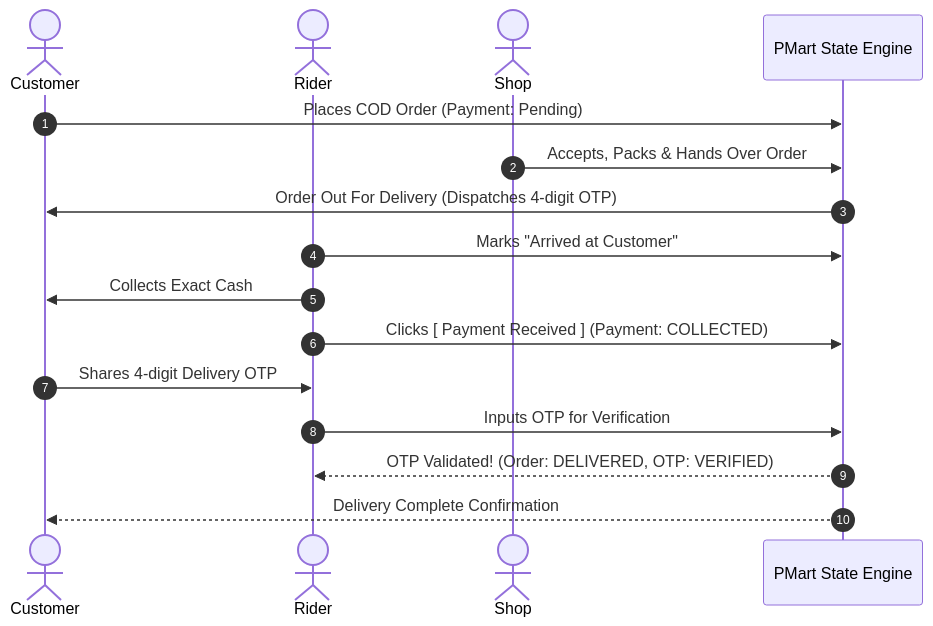
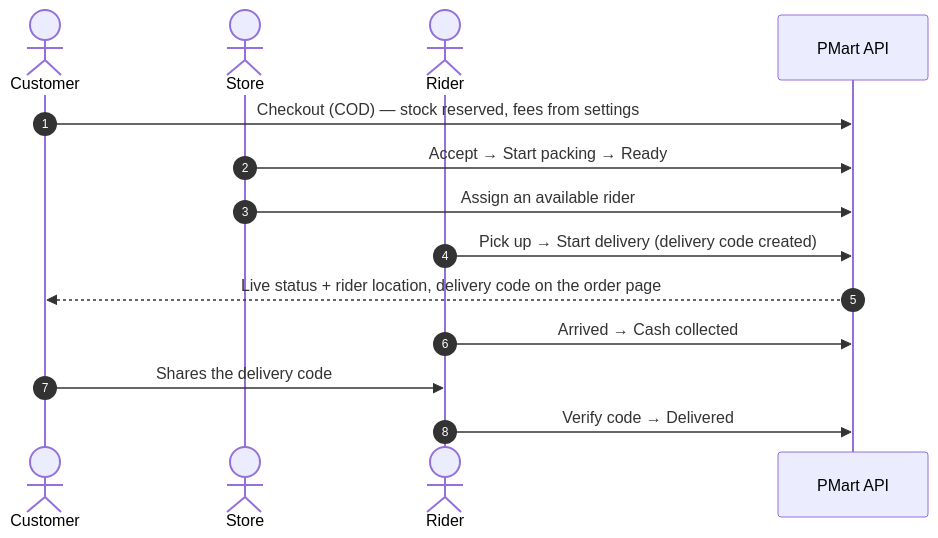
One commit to PixieDigitalCreatives/Pmart changed the diagram in README.md. Above: the diagram before and after it, drawn with Mermaid. The commit also changed other lines of this file and 436 other files, not shown here.

Commit message:
feat: implement initial full-stack architecture with backend services, routing, and frontend components

````diff
--- a/README.md
+++ b/README.md
@@ -119,19 +47,16 @@
 ```mermaid
 sequenceDiagram
     autonumber
     actor Customer
+    actor Store
     actor Rider
-    actor Shop
-    participant System as PMart State Engine
-
-    Customer->>System: Places COD Order (Payment: Pending)
-    Shop->>System: Accepts, Packs & Hands Over Order
-    System->>Customer: Order Out For Delivery (Dispatches 4-digit OTP)
-    Rider->>System: Marks "Arrived at Customer"
-    Rider->>Customer: Collects Exact Cash
-    Rider->>System: Clicks [ Payment Received ] (Payment: COLLECTED)
-    Customer->>Rider: Shares 4-digit Delivery OTP
-    Rider->>System: Inputs OTP for Verification
-    System-->>Rider: OTP Validated! (Order: DELIVERED, OTP: VERIFIED)
-    System-->>Customer: Delivery Complete Confirmation
+    participant API as PMart API
+    Customer->>API: Checkout (COD) — stock reserved, fees from settings
+    Store->>API: Accept → Start packing → Ready
+    Store->>API: Assign an available rider
+    Rider->>API: Pick up → Start delivery (delivery code created)
+    API-->>Customer: Live status + rider location, delivery code on the order page
+    Rider->>API: Arrived → Cash collected
+    Customer->>Rider: Shares the delivery code
+    Rider->>API: Verify code → Delivered
 ```
````
